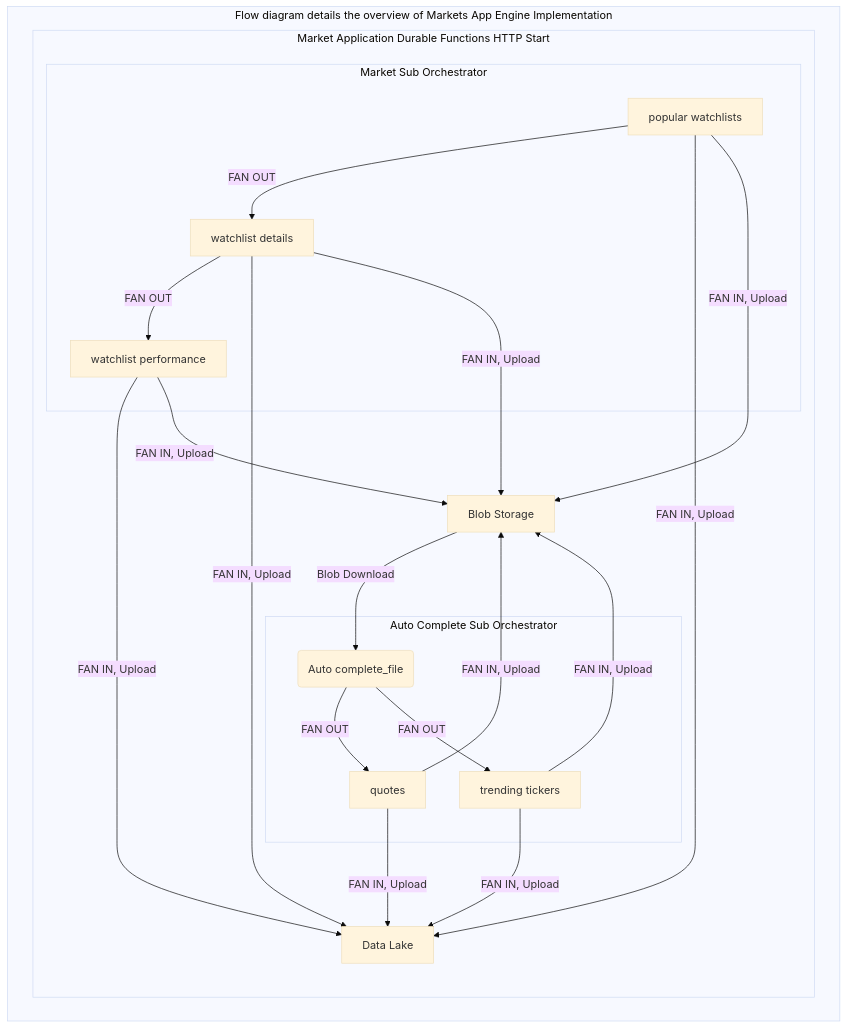
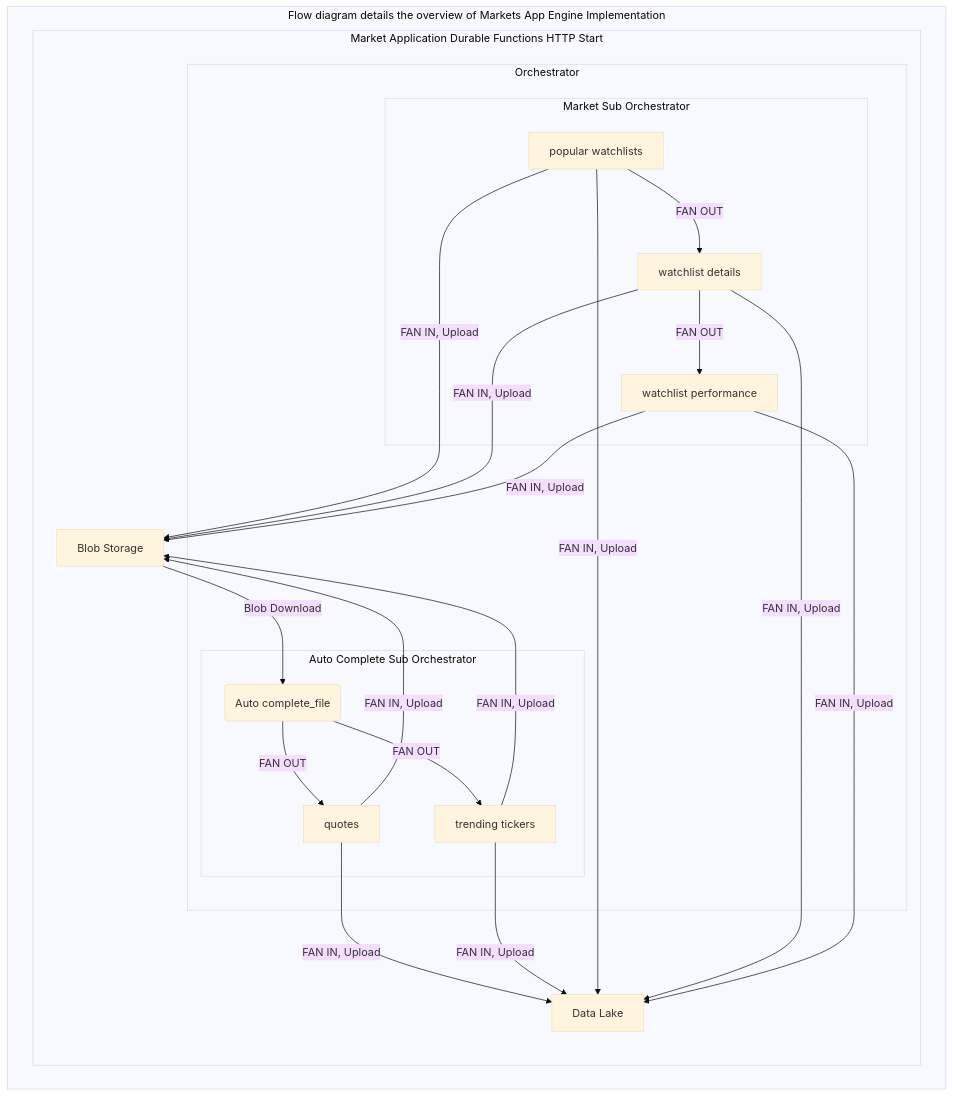
The diagram in README.md (Market-Finance/marketsApp), drawn with Mermaid (base theme) before and after one commit.

Commit message:
updating the readme doc

````diff
--- a/README.md
+++ b/README.md
@@ -187,40 +187,42 @@
 ```mermaid
     graph TD
     A(Auto complete_file)
     B[popular watchlists]
     C[quotes]
     D[trending tickers]
     E[watchlist details]
     F[watchlist performance]
     I[Data Lake]
     J[Blob Storage]
 
     subgraph Flow diagram details the overview of Markets App Engine Implementation
 
         J --Blob Download --> A
         subgraph Market Application Durable Functions HTTP Start
-            subgraph Auto Complete Sub Orchestrator
-                A --FAN OUT --> C
-                A --FAN OUT --> D
-                end
-            
-            subgraph Market Sub Orchestrator
-                B -- FAN OUT --> E 
-                E -- FAN OUT --> F
+            subgraph Orchestrator
+                subgraph Auto Complete Sub Orchestrator
+                    A --FAN OUT --> C
+                    A --FAN OUT --> D
+                    end
+                
+                subgraph Market Sub Orchestrator
+                    B -- FAN OUT --> E 
+                    E -- FAN OUT --> F
+                    end
                 end
         
             C -- FAN IN, Upload --> I 
             D -- FAN IN, Upload --> I
             B -- FAN IN, Upload --> I
             E -- FAN IN, Upload --> I
             F -- FAN IN, Upload --> I
 
             C -- FAN IN, Upload --> J
             D -- FAN IN, Upload --> J
             B -- FAN IN, Upload --> J
             E -- FAN IN, Upload --> J
             F -- FAN IN, Upload --> J
             end
         end
 
 ```
````
